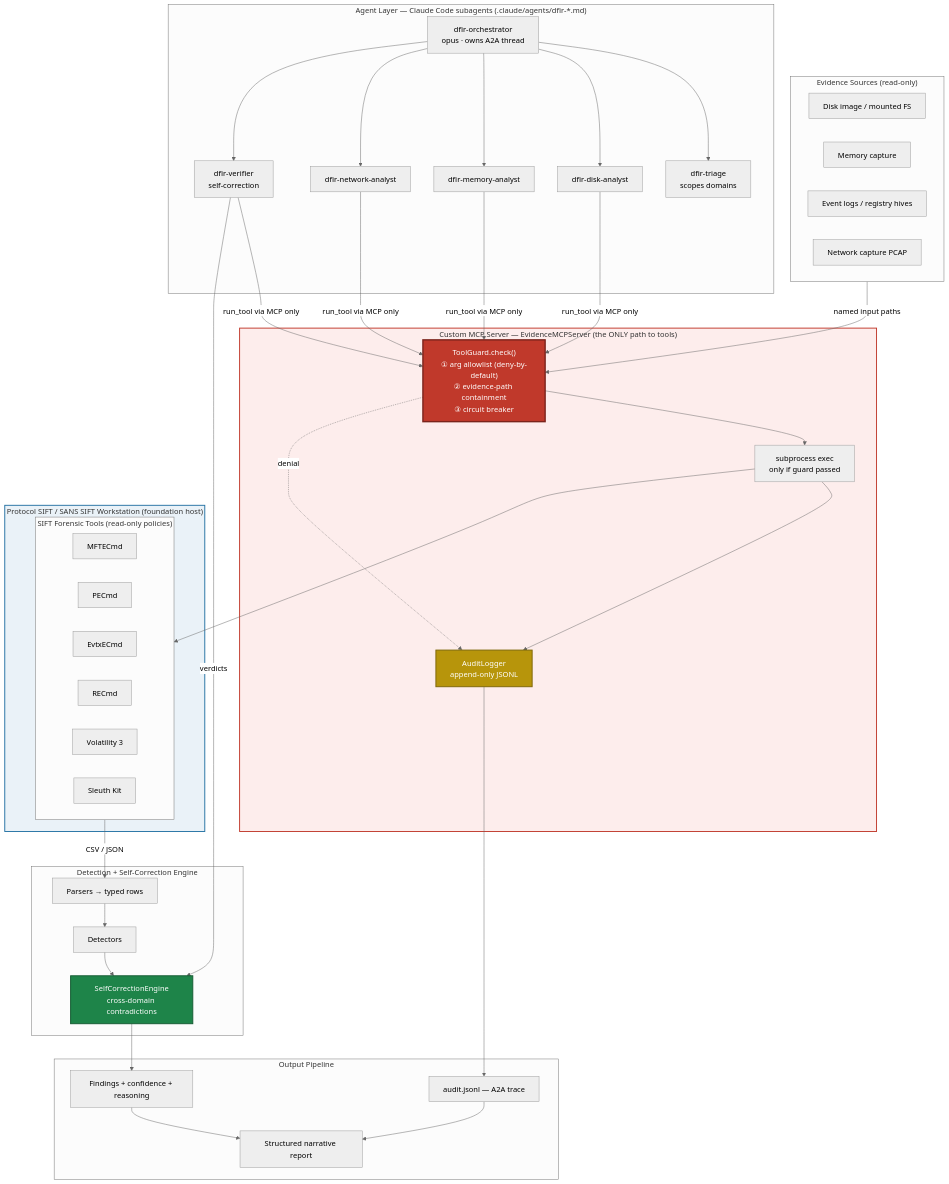
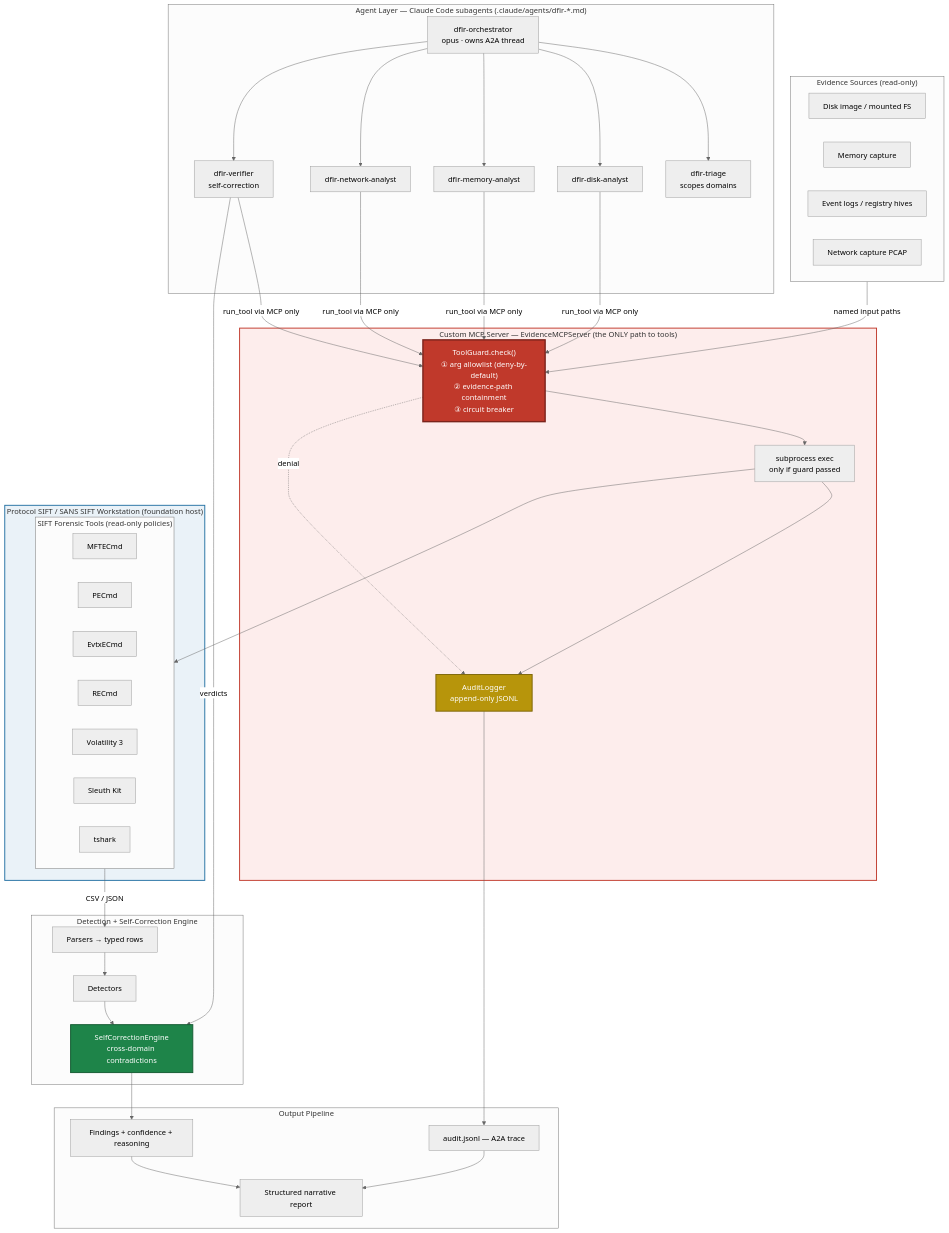
Before and after one commit to Strike48-public/4n6_nexus: the first of 3 diagrams in docs/ARCHITECTURE_DIAGRAM.md, drawn with Mermaid (neutral theme). The commit also changed other lines of this file and 6 other files, not shown here.

````diff
--- a/docs/ARCHITECTURE_DIAGRAM.md
+++ b/docs/ARCHITECTURE_DIAGRAM.md
@@ -65,72 +65,73 @@
 ```mermaid
 graph TB
     subgraph EV["Evidence Sources (read-only)"]
         DISK[Disk image / mounted FS]
         MEM[Memory capture]
         LOGSRC[Event logs / registry hives]
         PCAP[Network capture PCAP]
     end
 
     subgraph AGENTS["Agent Layer — Claude Code subagents (.claude/agents/dfir-*.md)"]
         ORCH[dfir-orchestrator<br/>opus · owns A2A thread]
         TRIAGE[dfir-triage<br/>scopes domains]
         DA[dfir-disk-analyst]
         MA[dfir-memory-analyst]
         NA[dfir-network-analyst]
         VER[dfir-verifier<br/>self-correction]
         ORCH --> TRIAGE
         ORCH --> DA
         ORCH --> MA
         ORCH --> NA
         ORCH --> VER
     end
 
     subgraph BOUNDARY["Custom MCP Server — EvidenceMCPServer (the ONLY path to tools)"]
         GUARD["ToolGuard.check()<br/>① arg allowlist (deny-by-default)<br/>② evidence-path containment<br/>③ circuit breaker"]
         EXEC[subprocess exec<br/>only if guard passed]
         ALOG[AuditLogger<br/>append-only JSONL]
         GUARD --> EXEC
         GUARD -. denial .-> ALOG
         EXEC --> ALOG
     end
 
     subgraph FOUND["Protocol SIFT / SANS SIFT Workstation (foundation host)"]
         subgraph TOOLS["SIFT Forensic Tools (read-only policies)"]
             MFTE[MFTECmd]
             PEC[PECmd]
             EVTX[EvtxECmd]
             RECMD[RECmd]
             VOL[Volatility 3]
             TSK[Sleuth Kit]
+            TSHARK[tshark]
         end
     end
 
     subgraph ENGINE["Detection + Self-Correction Engine"]
         PARSE[Parsers → typed rows]
         DET[Detectors]
         SC[SelfCorrectionEngine<br/>cross-domain contradictions]
     end
 
     subgraph OUT["Output Pipeline"]
         FIND[Findings + confidence + reasoning]
         AUDIT[audit.jsonl — A2A trace]
         REPORT[Structured narrative report]
     end
 
     DA & MA & NA & VER -->|run_tool via MCP only| GUARD
     EV -->|named input paths| GUARD
     EXEC --> TOOLS
     TOOLS -->|CSV / JSON| PARSE
     PARSE --> DET --> SC
     SC --> FIND
     VER -->|verdicts| SC
     ALOG --> AUDIT
     FIND --> REPORT
     AUDIT --> REPORT
 
     style GUARD fill:#c0392b,color:#fff,stroke:#7b241c,stroke-width:3px
     style ALOG fill:#b7950b,color:#fff,stroke:#7d6608,stroke-width:2px
     style SC fill:#1e8449,color:#fff,stroke:#145a32,stroke-width:2px
     style BOUNDARY fill:#fdedec,stroke:#c0392b,stroke-width:2px
     style FOUND fill:#eaf2f8,stroke:#2471a3,stroke-width:2px
 ```
````
